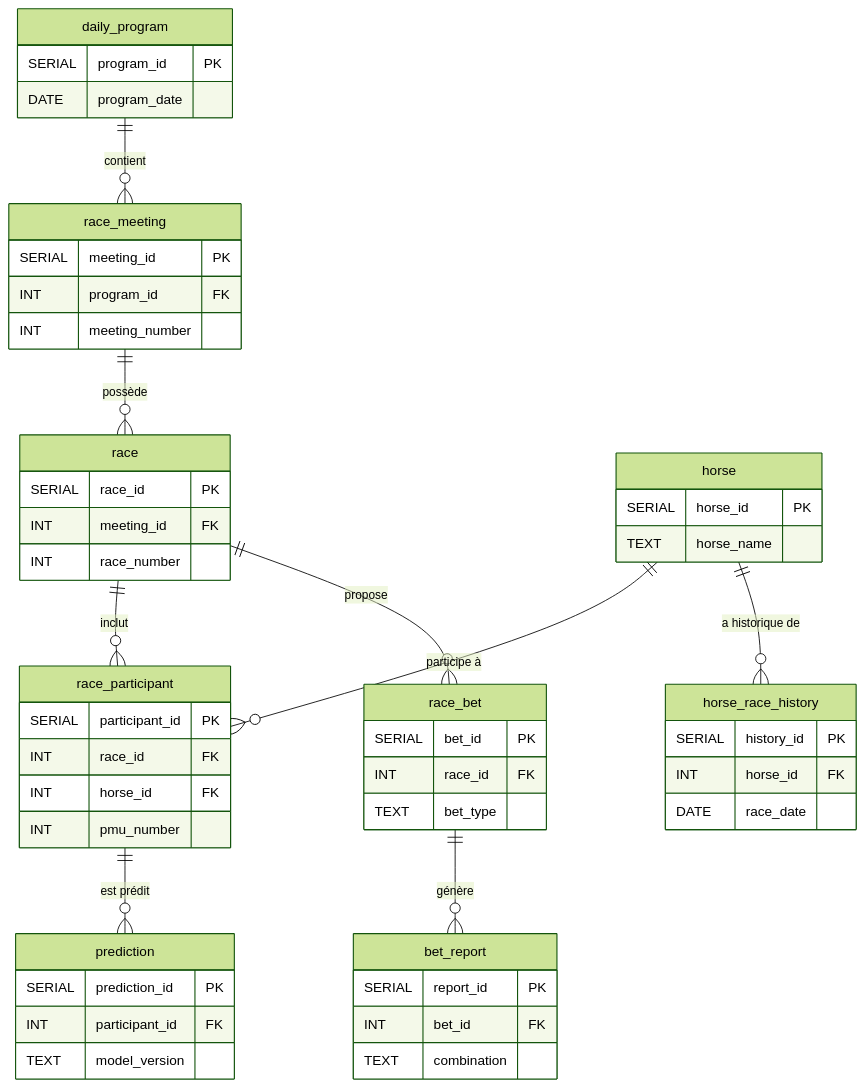
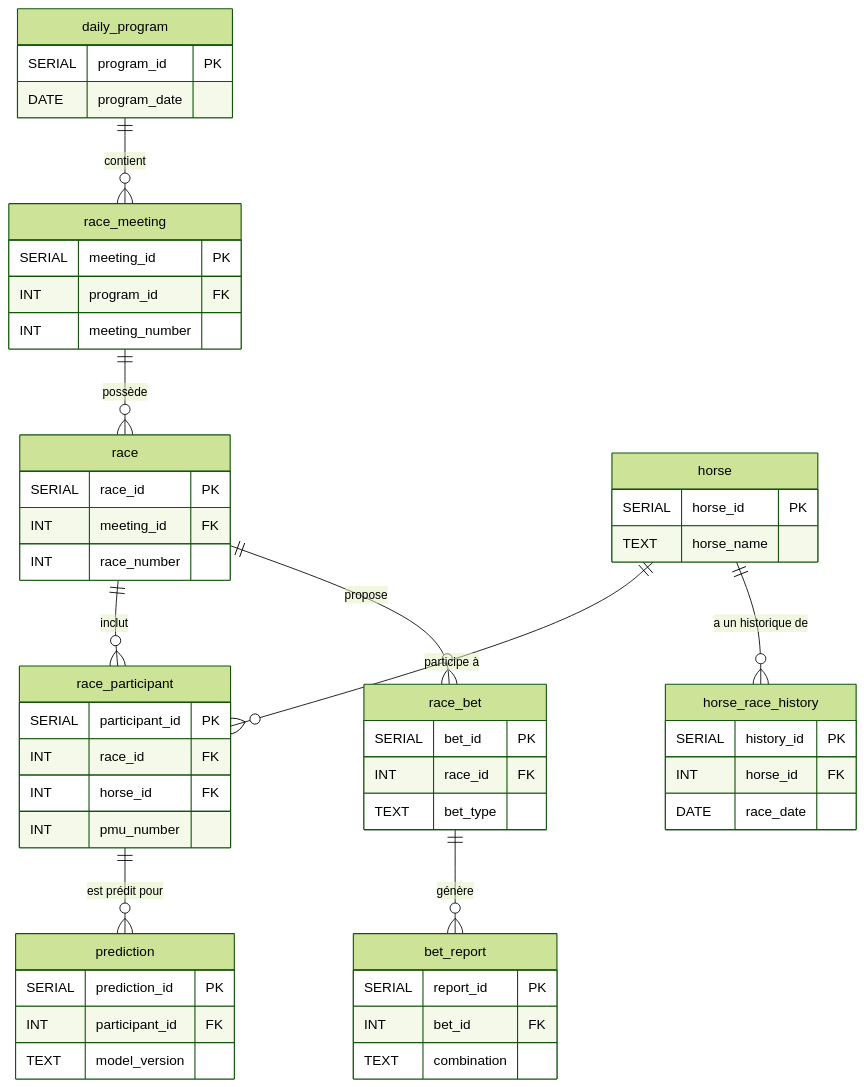
Before and after one commit to mathis-dumont/horse-racing-prediction: the diagram in doc/02_architecture_bdd.md, drawn with Mermaid (forest theme). The commit also changed other lines of this file and 7 other files, not shown here.

````diff
--- a/doc/02_architecture_bdd.md
+++ b/doc/02_architecture_bdd.md
@@ -216,56 +39,57 @@
 ```mermaid
 erDiagram
     daily_program {
         SERIAL program_id PK
         DATE program_date
     }
     race_meeting {
         SERIAL meeting_id PK
         INT program_id FK
         INT meeting_number
     }
     race {
         SERIAL race_id PK
         INT meeting_id FK
         INT race_number
     }
     horse {
         SERIAL horse_id PK
         TEXT horse_name
     }
     race_participant {
         SERIAL participant_id PK
         INT race_id FK
         INT horse_id FK
         INT pmu_number
     }
     horse_race_history {
         SERIAL history_id PK
         INT horse_id FK
         DATE race_date
     }
     race_bet {
         SERIAL bet_id PK
         INT race_id FK
         TEXT bet_type
     }
     bet_report {
         SERIAL report_id PK
         INT bet_id FK
         TEXT combination
     }
     prediction {
         SERIAL prediction_id PK
         INT participant_id FK
         TEXT model_version
     }
 
     daily_program ||--o{ race_meeting : "contient"
     race_meeting ||--o{ race : "possède"
     race ||--o{ race_participant : "inclut"
     horse ||--o{ race_participant : "participe à"
-    horse ||--o{ horse_race_history : "a historique de"
+    horse ||--o{ horse_race_history : "a un historique de"
     race ||--o{ race_bet : "propose"
     race_bet ||--o{ bet_report : "génère"
-    race_participant ||--o{ prediction : "est prédit"
+    race_participant ||--o{ prediction : "est prédit pour"
+
 ```
````
